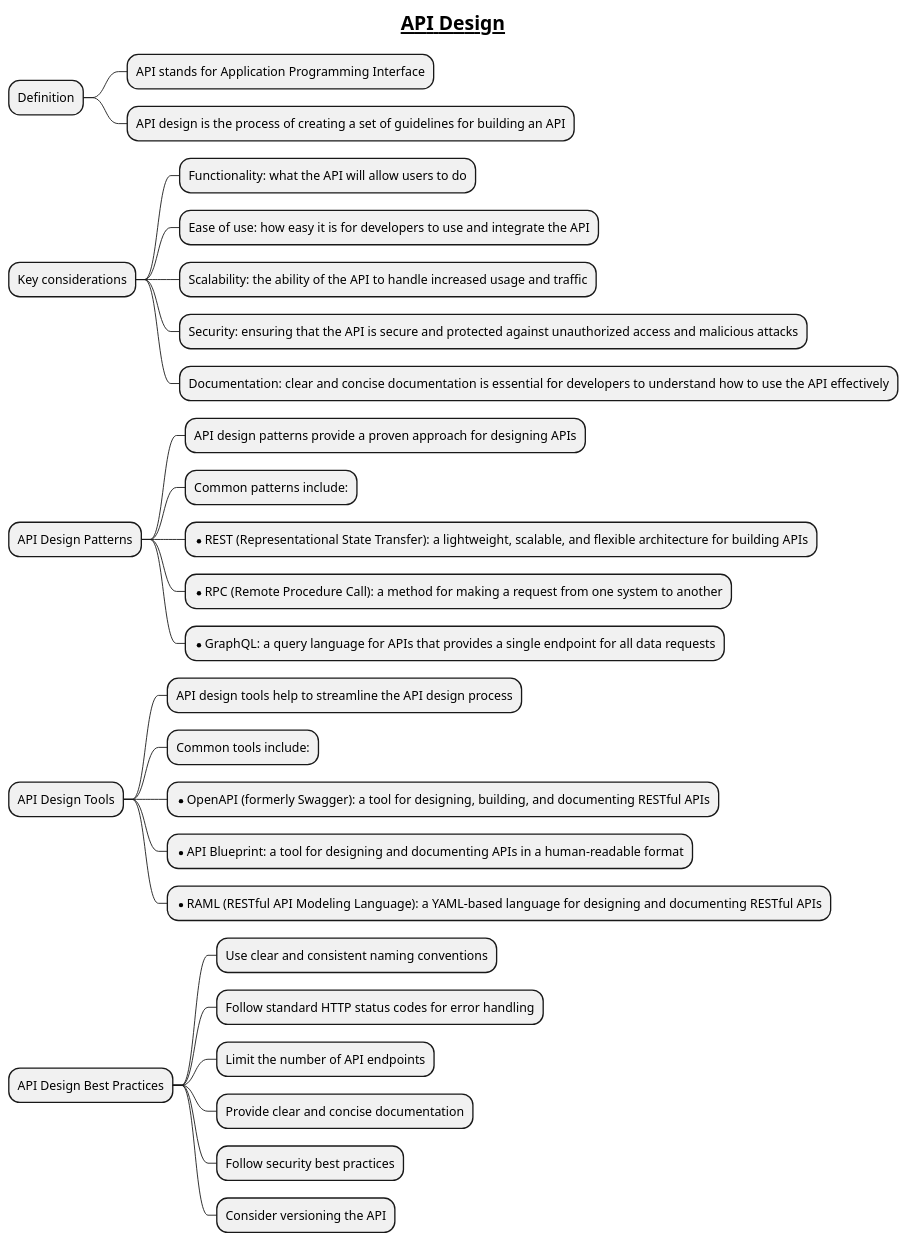
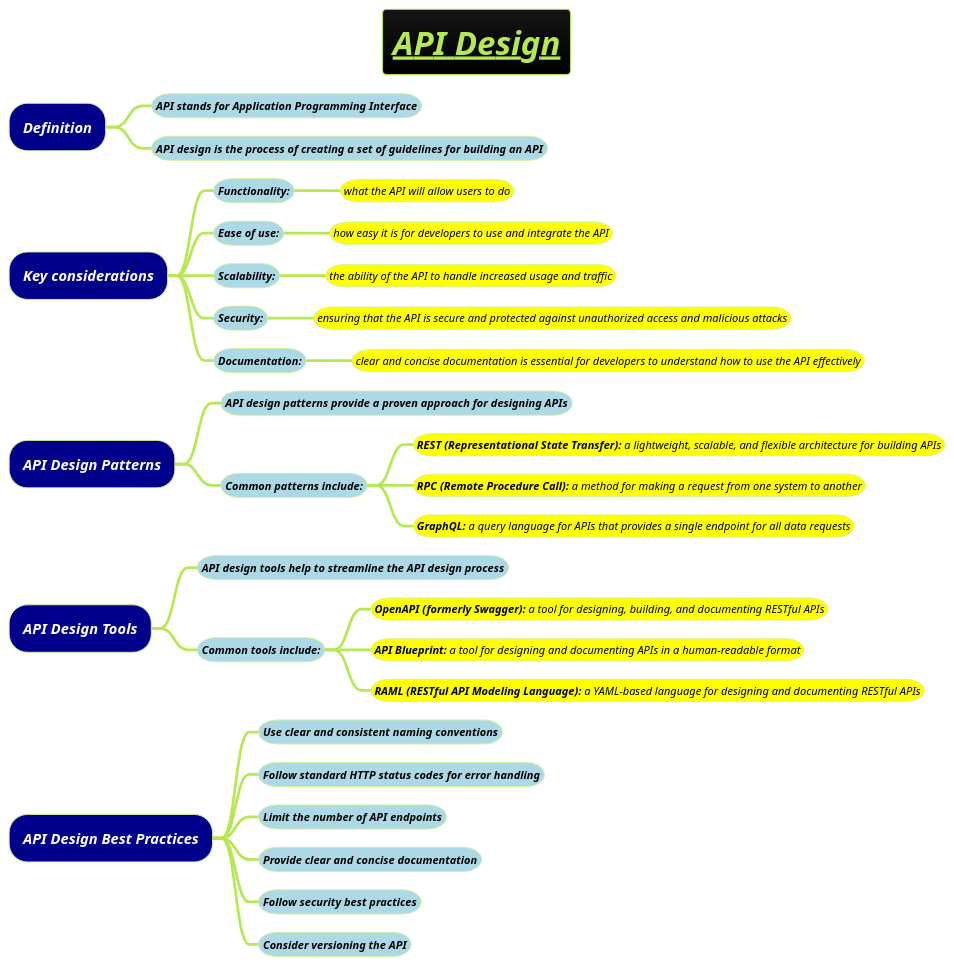
The diagram in docs/1-Requirement-Engineering/APIs-design/API-Design.puml (MehmoodHashmi/Documentation-as-Code-DaC), drawn with PlantUML before and after one commit. The commit also changed 20 other files, not shown here.

```diff
--- a/docs/1-Requirement-Engineering/APIs-design/API-Design.puml
+++ b/docs/1-Requirement-Engineering/APIs-design/API-Design.puml
@@ -1,37 +1,42 @@
 @startmindmap
-title =__API Design__
+title =<i><b><u>API Design
+!theme hacker
 
+*[#darkblue] <i><color #white>Definition
+**[#lightblue] <i><color #black><size:12>API stands for Application Programming Interface
+**[#lightblue] <i><color #black><size:12>API design is the process of creating a set of guidelines for building an API
 
-* Definition
-** API stands for Application Programming Interface
-** API design is the process of creating a set of guidelines for building an API
+*[#darkblue] <i><color #white>Key considerations
+**[#lightblue] <i><color #black><size:12>Functionality:
+***[#yellow] <i><color #black><size:12>what the API will allow users to do
+**[#lightblue] <i><color #black><size:12>Ease of use:
+***[#yellow] <i><color #black><size:12>how easy it is for developers to use and integrate the API
+**[#lightblue] <i><color #black><size:12>Scalability:
+***[#yellow] <i><color #black><size:12>the ability of the API to handle increased usage and traffic
+**[#lightblue] <i><color #black><size:12>Security:
+***[#yellow] <i><color #black><size:12>ensuring that the API is secure and protected against unauthorized access and malicious attacks
+**[#lightblue] <i><color #black><size:12>Documentation:
+***[#yellow] <i><color #black><size:12>clear and concise documentation is essential for developers to understand how to use the API effectively
 
-* Key considerations
-** Functionality: what the API will allow users to do
-** Ease of use: how easy it is for developers to use and integrate the API
-** Scalability: the ability of the API to handle increased usage and traffic
-** Security: ensuring that the API is secure and protected against unauthorized access and malicious attacks
-** Documentation: clear and concise documentation is essential for developers to understand how to use the API effectively
+*[#darkblue] <i><color #white>API Design Patterns
+**[#lightblue] <i><color #black><size:12>API design patterns provide a proven approach for designing APIs
+**[#lightblue] <i><color #black><size:12>Common patterns include:
+***[#yellow] <i><color #black><size:12>**REST (Representational State Transfer):** a lightweight, scalable, and flexible architecture for building APIs
+***[#yellow] <i><color #black><size:12>**RPC (Remote Procedure Call):** a method for making a request from one system to another
+***[#yellow] <i><color #black><size:12>**GraphQL:** a query language for APIs that provides a single endpoint for all data requests
 
-* API Design Patterns
-** API design patterns provide a proven approach for designing APIs
-** Common patterns include:
-** *REST (Representational State Transfer): a lightweight, scalable, and flexible architecture for building APIs
-** *RPC (Remote Procedure Call): a method for making a request from one system to another
-** *GraphQL: a query language for APIs that provides a single endpoint for all data requests
+*[#darkblue] <i><color #white>API Design Tools
+**[#lightblue] <i><color #black><size:12>API design tools help to streamline the API design process
+**[#lightblue] <i><color #black><size:12>Common tools include:
+***[#yellow] <i><color #black><size:12>**OpenAPI (formerly Swagger):** a tool for designing, building, and documenting RESTful APIs
+***[#yellow] <i><color #black><size:12>**API Blueprint:** a tool for designing and documenting APIs in a human-readable format
+***[#yellow] <i><color #black><size:12>**RAML (RESTful API Modeling Language):** a YAML-based language for designing and documenting RESTful APIs
 
-* API Design Tools
-** API design tools help to streamline the API design process
-** Common tools include:
-** *OpenAPI (formerly Swagger): a tool for designing, building, and documenting RESTful APIs
-** *API Blueprint: a tool for designing and documenting APIs in a human-readable format
-** *RAML (RESTful API Modeling Language): a YAML-based language for designing and documenting RESTful APIs
-
-* API Design Best Practices
-** Use clear and consistent naming conventions
-** Follow standard HTTP status codes for error handling
-** Limit the number of API endpoints
-** Provide clear and concise documentation
-** Follow security best practices
-** Consider versioning the API
+*[#darkblue] <i><color #white>API Design Best Practices
+**[#lightblue] <i><color #black><size:12>Use clear and consistent naming conventions
+**[#lightblue] <i><color #black><size:12>Follow standard HTTP status codes for error handling
+**[#lightblue] <i><color #black><size:12>Limit the number of API endpoints
+**[#lightblue] <i><color #black><size:12>Provide clear and concise documentation
+**[#lightblue] <i><color #black><size:12>Follow security best practices
+**[#lightblue] <i><color #black><size:12>Consider versioning the API
 @endmindmap
```
